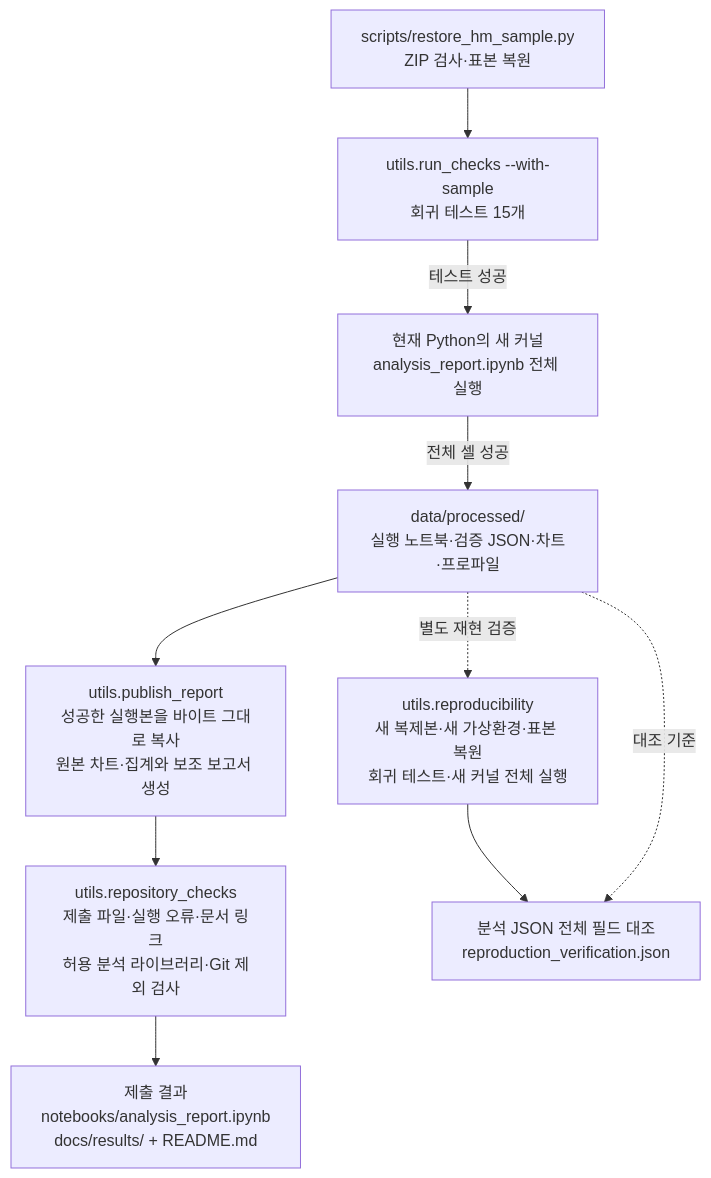
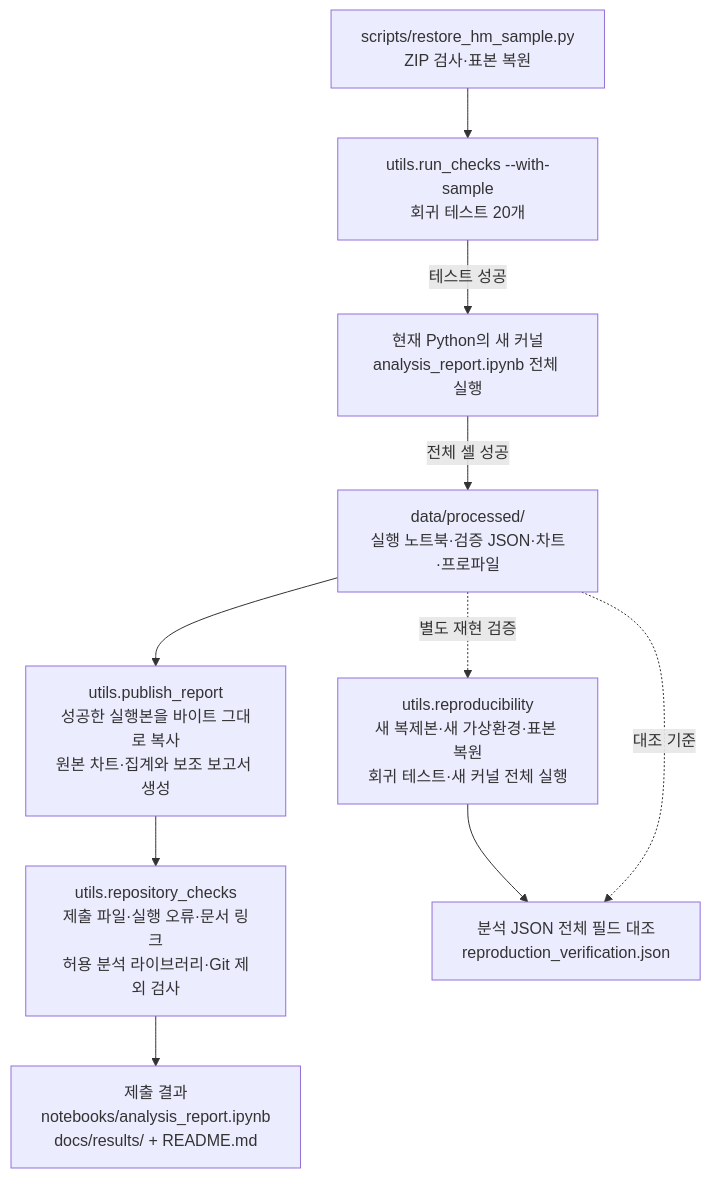
Before and after one commit to ntt65/A1_1: the fourth of 4 diagrams in README.md, drawn with Mermaid. The commit also changed other lines of this file and 6 other files, not shown here.

````diff
--- a/README.md
+++ b/README.md
@@ -387,19 +424,19 @@
 ```mermaid
 flowchart TD
     ZIP["scripts/restore_hm_sample.py<br/>ZIP 검사·표본 복원"]
-    TEST["utils.run_checks --with-sample<br/>회귀 테스트 15개"]
+    TEST["utils.run_checks --with-sample<br/>회귀 테스트 20개"]
     KERNEL["현재 Python의 새 커널<br/>analysis_report.ipynb 전체 실행"]
     LOCAL["data/processed/<br/>실행 노트북·검증 JSON·차트·프로파일"]
     PUB["utils.publish_report<br/>성공한 실행본을 바이트 그대로 복사<br/>원본 차트·집계와 보조 보고서 생성"]
     REPO["utils.repository_checks<br/>제출 파일·실행 오류·문서 링크<br/>허용 분석 라이브러리·Git 제외 검사"]
     SUBMIT["제출 결과<br/>notebooks/analysis_report.ipynb<br/>docs/results/ + README.md"]
     FRESH["utils.reproducibility<br/>새 복제본·새 가상환경·표본 복원<br/>회귀 테스트·새 커널 전체 실행"]
     COMPARE["분석 JSON 전체 필드 대조<br/>reproduction_verification.json"]
     ZIP --> TEST
     TEST -->|"테스트 성공"| KERNEL
     KERNEL -->|"전체 셀 성공"| LOCAL
     LOCAL --> PUB --> REPO --> SUBMIT
     LOCAL -. "별도 재현 검증" .-> FRESH
     FRESH --> COMPARE
     LOCAL -. "대조 기준" .-> COMPARE
 ```
````
